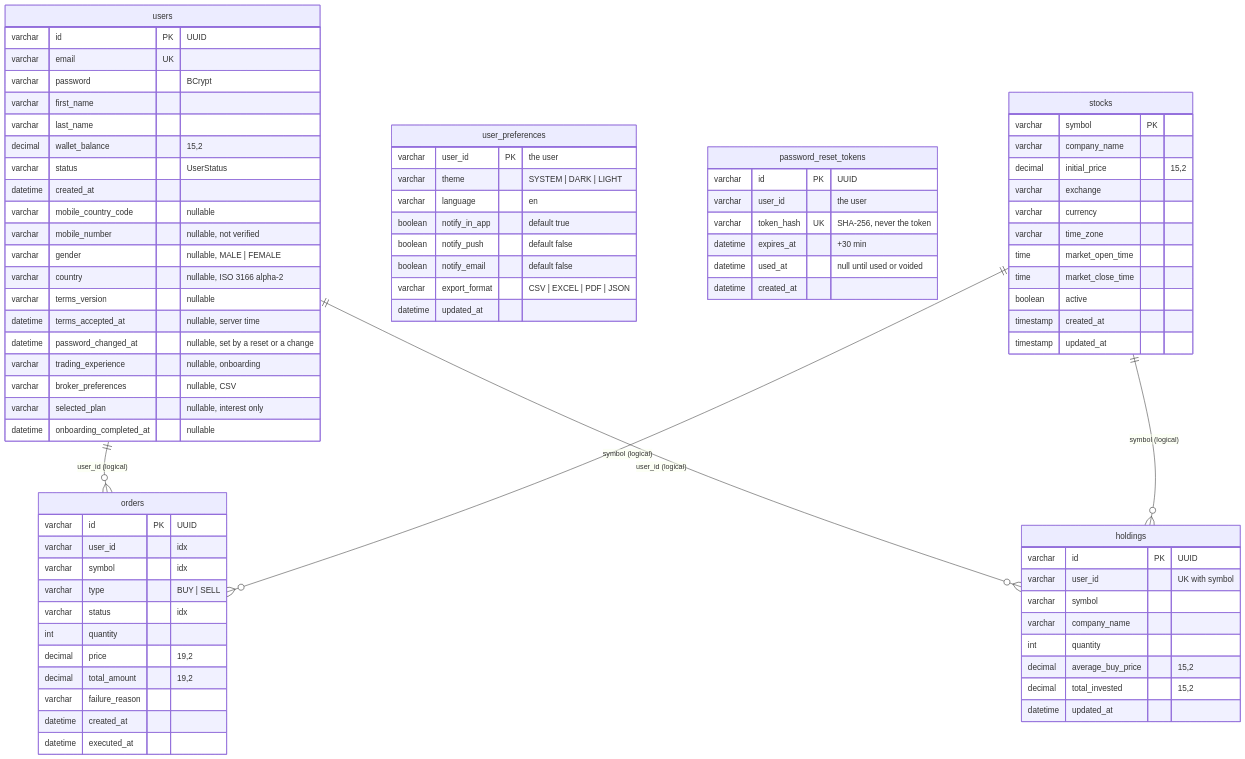
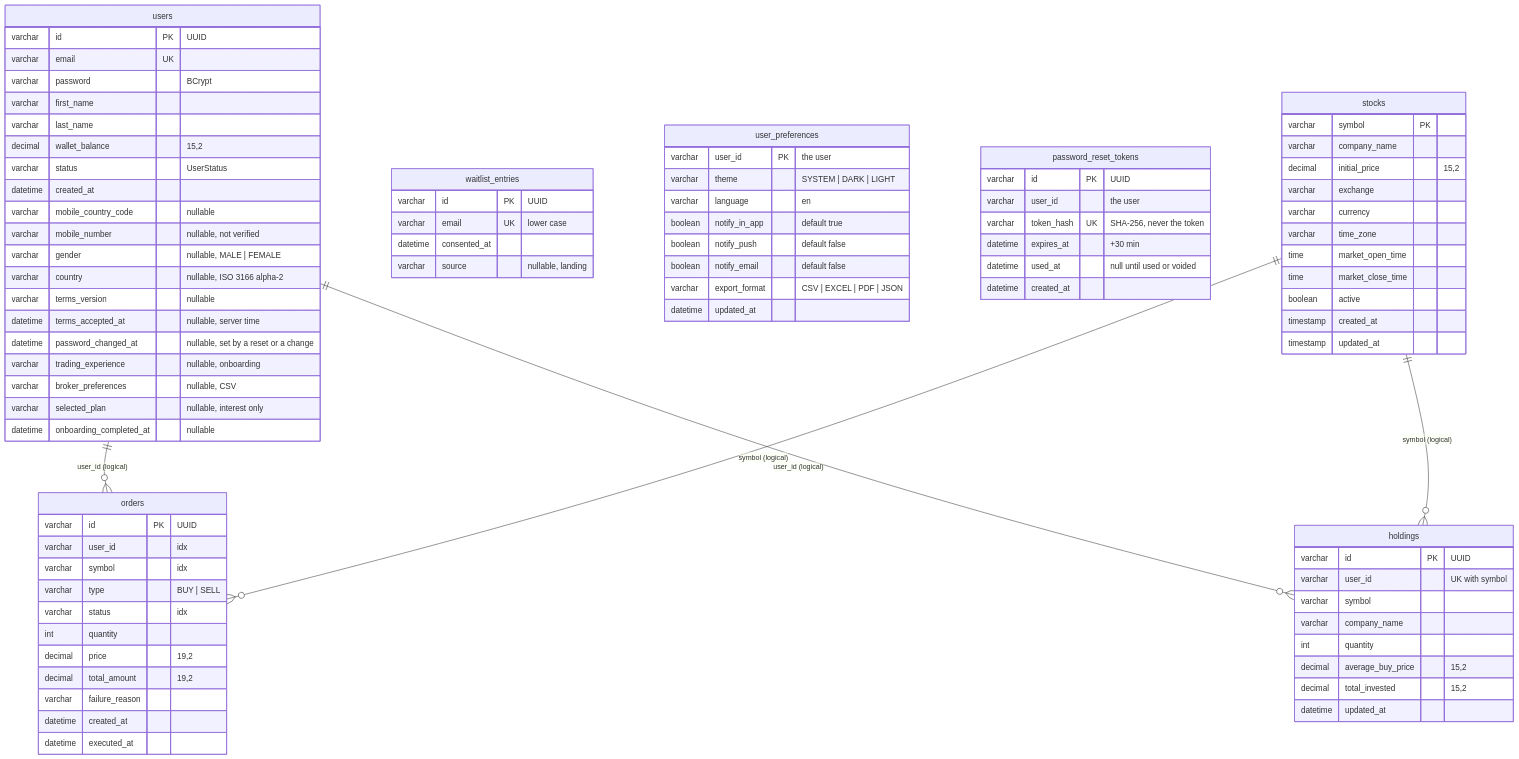
The sixth of 6 diagrams in docs/technical-documentation.md (reddyshankarprogrammer/stock-market-system), drawn with Mermaid before and after one commit. The commit also changed other lines of this file and 11 other files, not shown here.

Commit message:
docs: waitlist (READMEs, manual, ER, changelog, plan, known gaps, Postman)

```diff
--- a/docs/technical-documentation.md
+++ b/docs/technical-documentation.md
@@ -380,6 +380,12 @@
         varchar broker_preferences "nullable, CSV"
         varchar selected_plan "nullable, interest only"
         datetime onboarding_completed_at "nullable"
+    }
+    waitlist_entries {
+        varchar id PK "UUID"
+        varchar email UK "lower case"
+        datetime consented_at
+        varchar source "nullable, landing"
     }
     user_preferences {
         varchar user_id PK "the user"
```
